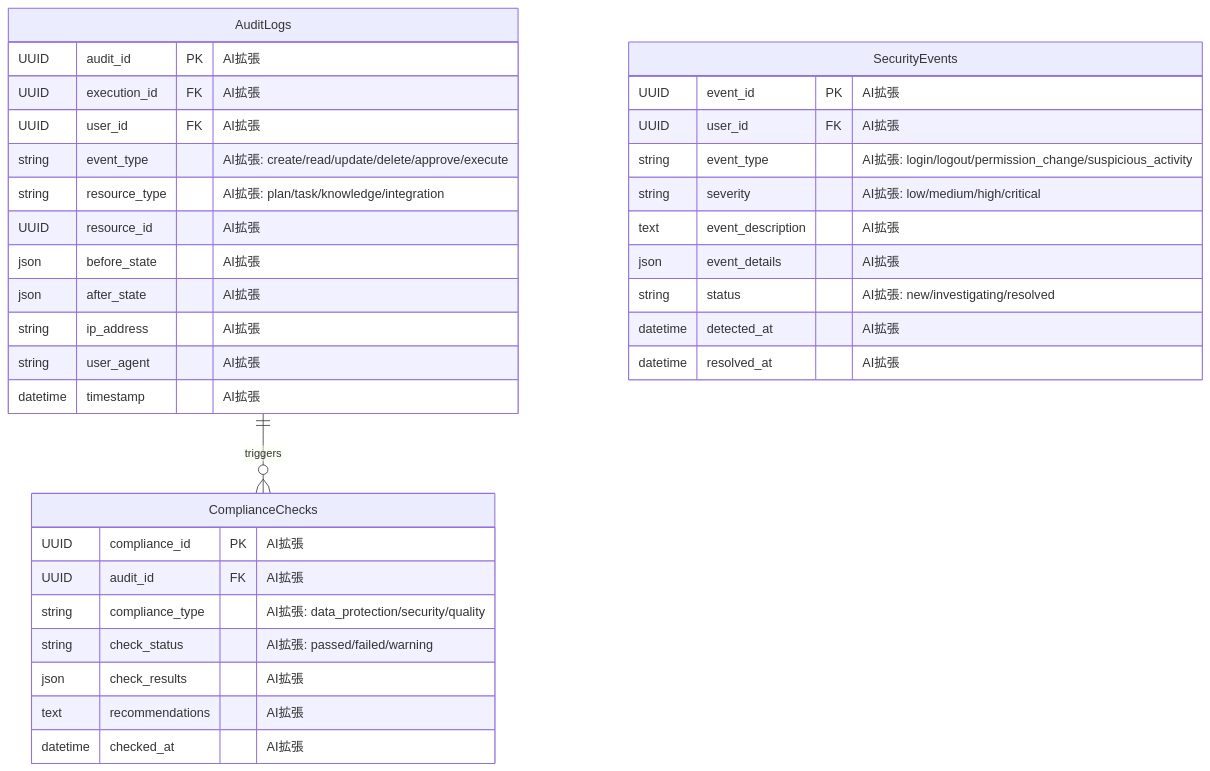
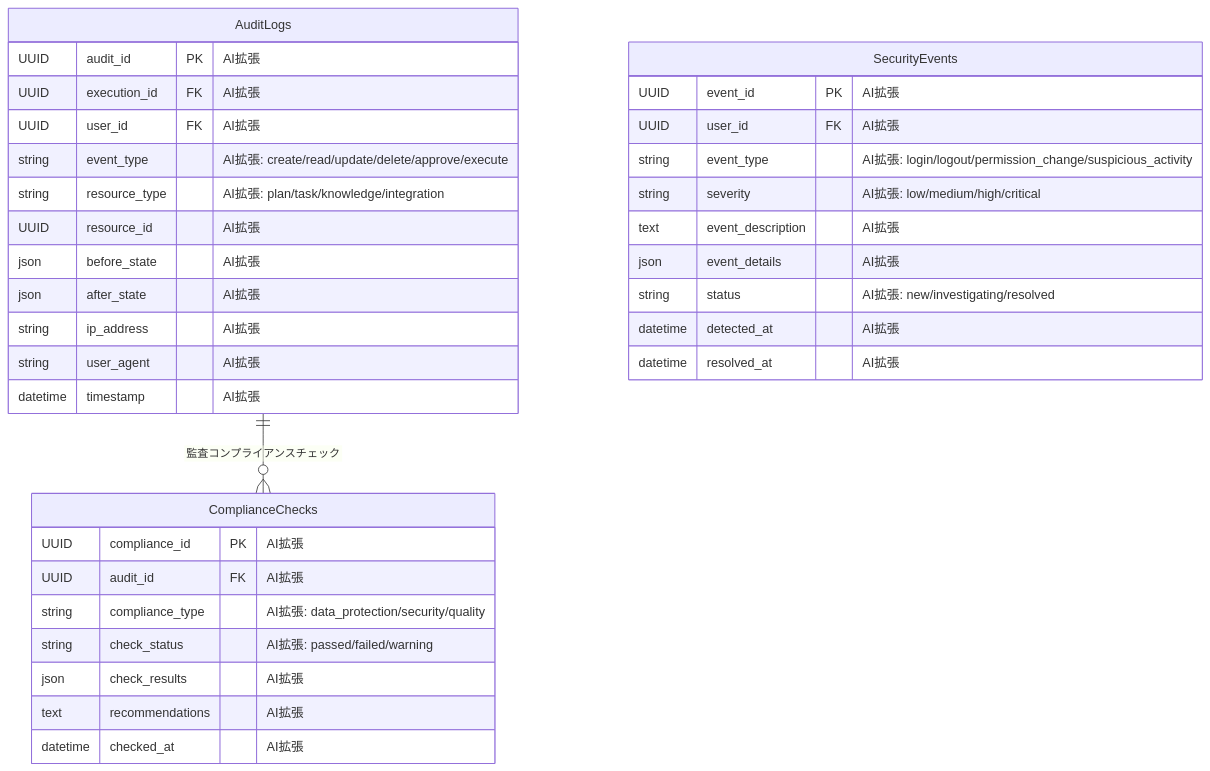
One commit to daichiTAAA/AgentOpsPlatform changed diagram 24 of 29 in docs/030000_設計/035000_データ設計/035010_ER図.md. Above: the diagram before and after it, drawn with Mermaid. The commit also changed other lines of this file, not shown here.

````diff
--- a/docs/030000_設計/035000_データ設計/035010_ER図.md
+++ b/docs/030000_設計/035000_データ設計/035010_ER図.md
@@ -987,40 +1212,40 @@
 ```mermaid
 erDiagram
     AuditLogs {
         UUID audit_id PK "AI拡張"
         UUID execution_id FK "AI拡張"
         UUID user_id FK "AI拡張"
         string event_type "AI拡張: create/read/update/delete/approve/execute"
         string resource_type "AI拡張: plan/task/knowledge/integration"
         UUID resource_id "AI拡張"
         json before_state "AI拡張"
         json after_state "AI拡張"
         string ip_address "AI拡張"
         string user_agent "AI拡張"
         datetime timestamp "AI拡張"
     }
     
     ComplianceChecks {
         UUID compliance_id PK "AI拡張"
         UUID audit_id FK "AI拡張"
         string compliance_type "AI拡張: data_protection/security/quality"
         string check_status "AI拡張: passed/failed/warning"
         json check_results "AI拡張"
         text recommendations "AI拡張"
         datetime checked_at "AI拡張"
     }
     
     SecurityEvents {
         UUID event_id PK "AI拡張"
         UUID user_id FK "AI拡張"
         string event_type "AI拡張: login/logout/permission_change/suspicious_activity"
         string severity "AI拡張: low/medium/high/critical"
         text event_description "AI拡張"
         json event_details "AI拡張"
         string status "AI拡張: new/investigating/resolved"
         datetime detected_at "AI拡張"
         datetime resolved_at "AI拡張"
     }
     
-    AuditLogs ||--o{ ComplianceChecks : triggers
+    AuditLogs ||--o{ ComplianceChecks : "監査コンプライアンスチェック"
 ```
````
